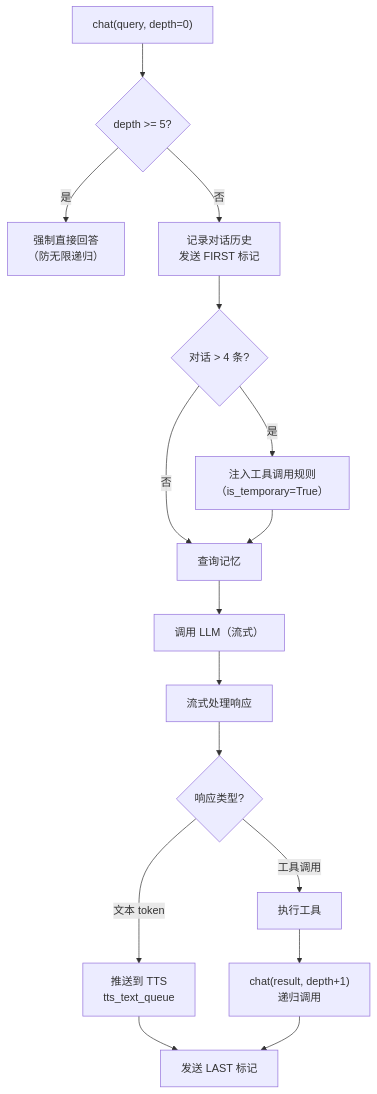
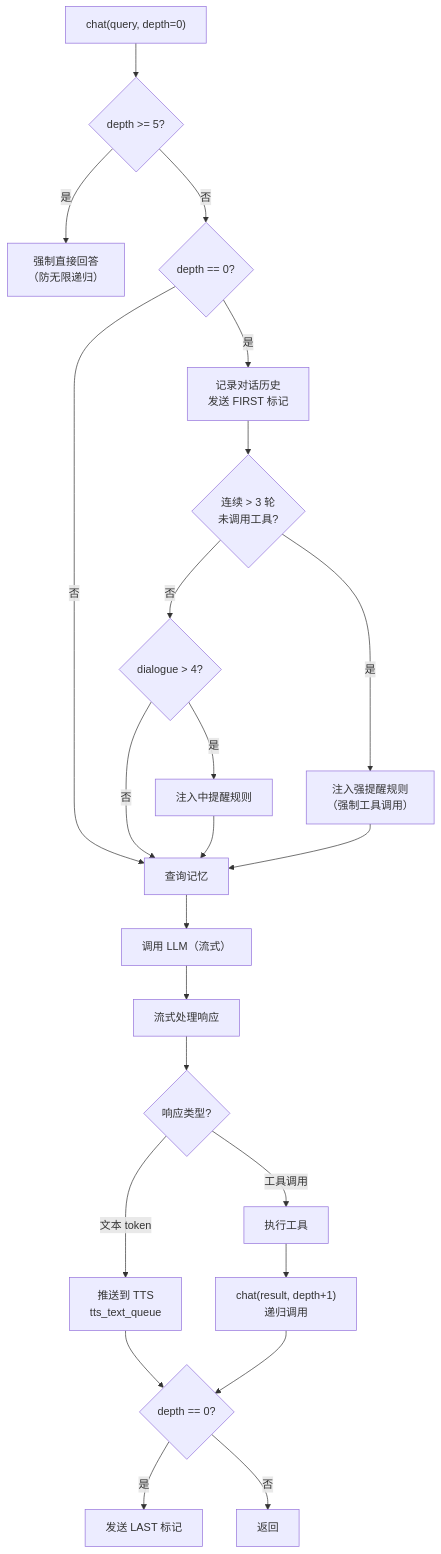
Before and after one commit to 20074021207/xiaozhi-esp32-server: the sixth of 8 diagrams in docs/xiaozhi-server-training-lite.md, drawn with Mermaid. The commit also changed other lines of this file and 1 other file, not shown here.

````diff
--- a/docs/xiaozhi-server-training-lite.md
+++ b/docs/xiaozhi-server-training-lite.md
@@ -376,20 +405,27 @@
 ```mermaid
 flowchart TB
     Start["chat(query, depth=0)"] --> Check{"depth >= 5?"}
     Check -- "是" --> Force["强制直接回答<br/>（防无限递归）"]
-    Check -- "否" --> Record["记录对话历史<br/>发送 FIRST 标记"]
-    Record --> Rules{"对话 > 4 条?"}
-    Rules -- "是" --> Inject["注入工具调用规则<br/>（is_temporary=True）"]
-    Rules -- "否" --> Query["查询记忆"]
-    Inject --> Query
-    Query --> LLM["调用 LLM（流式）"]
+    Check -- "否" --> CheckDepth0{"depth == 0?"}
+    CheckDepth0 -- "是" --> Record["记录对话历史<br/>发送 FIRST 标记"]
+    CheckDepth0 -- "否" --> Memory["查询记忆"]
+    Record --> Lazy{"连续 > 3 轮<br/>未调用工具?"}
+    Lazy -- "是" --> InjectStrong["注入强提醒规则<br/>（强制工具调用）"]
+    Lazy -- "否" --> CheckLen{"dialogue > 4?"}
+    CheckLen -- "是" --> Inject["注入中提醒规则"]
+    CheckLen -- "否" --> Memory
+    Inject --> Memory
+    InjectStrong --> Memory
+    Memory --> LLM["调用 LLM（流式）"]
     LLM --> Stream["流式处理响应"]
 
     Stream --> Type{"响应类型?"}
     Type -- "文本 token" --> Push["推送到 TTS<br/>tts_text_queue"]
     Type -- "工具调用" --> ToolExec["执行工具"]
     ToolExec --> Recurse["chat(result, depth+1)<br/>递归调用"]
 
-    Push --> End["发送 LAST 标记"]
-    Recurse --> End
+    Push --> CheckDepth0B{"depth == 0?"}
+    Recurse --> CheckDepth0B
+    CheckDepth0B -- "是" --> End["发送 LAST 标记"]
+    CheckDepth0B -- "否" --> Return["返回"]
 ```
````
